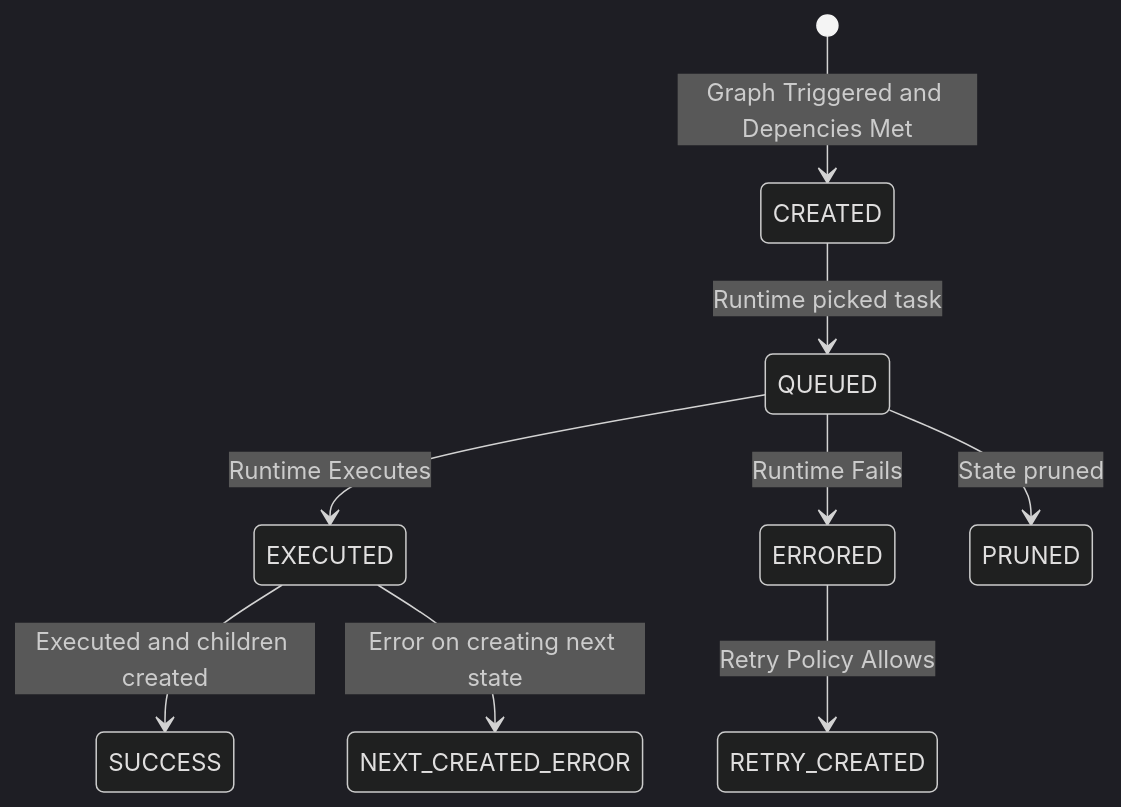
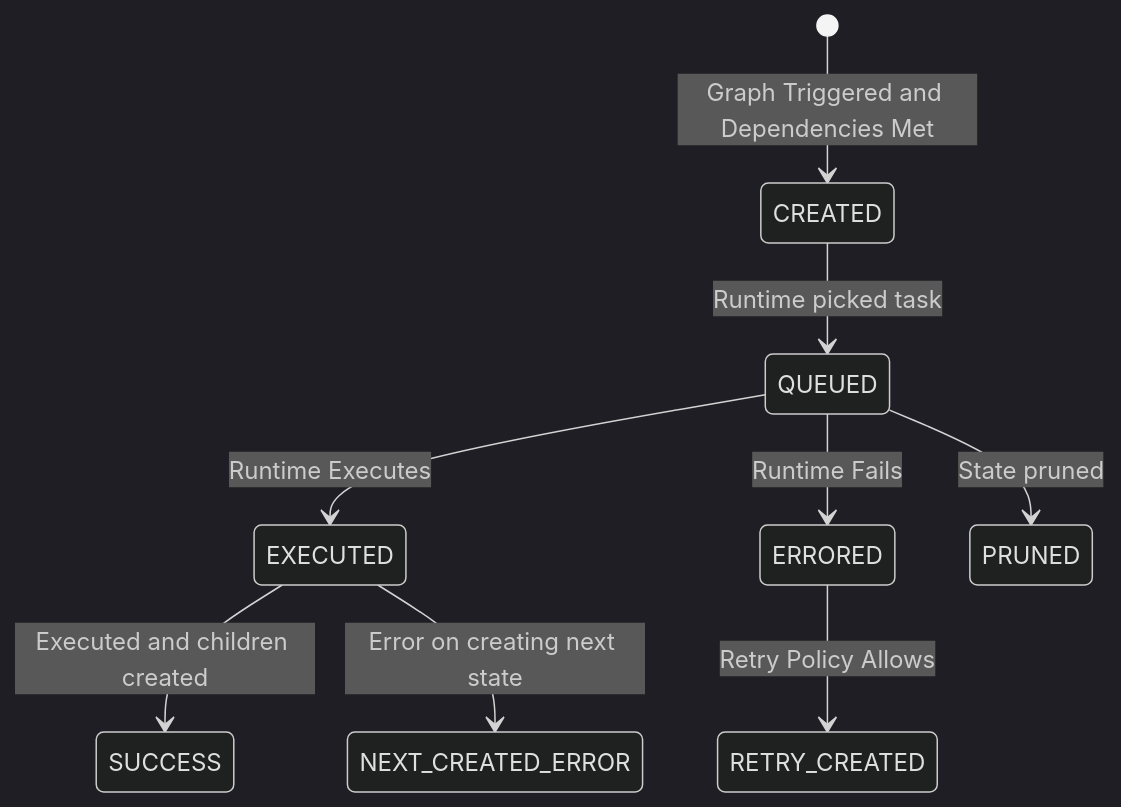
One commit to exospherehost/exospherehost changed the first of 2 diagrams in docs/docs/exosphere/architecture.md. Above: the diagram before and after it, drawn with Mermaid (dark theme).

Commit message:
spell check

````diff
--- a/docs/docs/exosphere/architecture.md
+++ b/docs/docs/exosphere/architecture.md
@@ -38,17 +38,17 @@
 ```mermaid
 stateDiagram-v2
-    [*] --> CREATED : Graph Triggered and Depencies Met
+    [*] --> CREATED : Graph Triggered and Dependencies Met
     
     CREATED --> QUEUED : Runtime picked task
     
     QUEUED --> EXECUTED : Runtime Executes
     QUEUED --> ERRORED : Runtime Fails
     QUEUED --> PRUNED : State pruned
     
     EXECUTED --> SUCCESS : Executed and children created
     EXECUTED --> NEXT_CREATED_ERROR : Error on creating next state
     
     ERRORED --> RETRY_CREATED : Retry Policy Allows  
 
 
 ```
````
